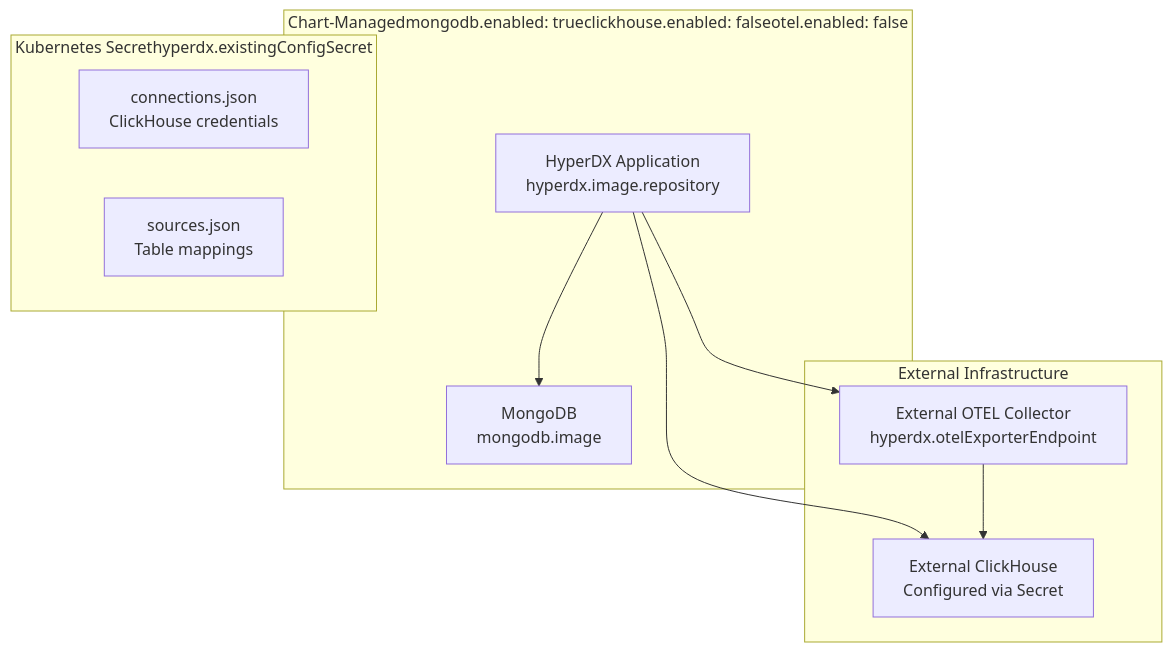
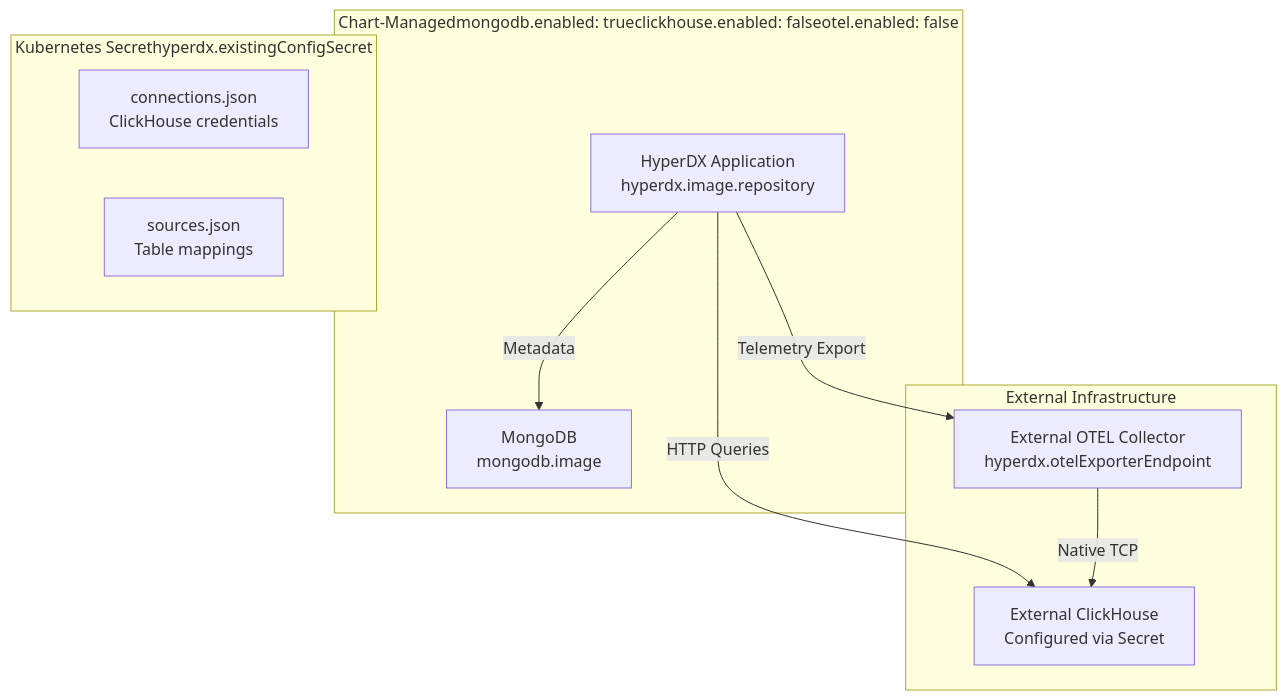
Before and after one commit to openchoreo/openchoreo: the fourth of 6 diagrams in docs/hyperdxio-helm-charts-docs/Deployment-Scenarios.md, drawn with Mermaid. The commit also changed other lines of this file and 85 other files, not shown here.

Commit message:
feat: Add new workflow and specification templates, update Helm chart dependencies, and clarify documentation diagrams.

````diff
--- a/docs/hyperdxio-helm-charts-docs/Deployment-Scenarios.md
+++ b/docs/hyperdxio-helm-charts-docs/Deployment-Scenarios.md
@@ -335,30 +335,30 @@
 ```mermaid
 flowchart TD
 
 ConnJSON["connections.json<br>ClickHouse credentials"]
 SrcJSON["sources.json<br>Table mappings"]
 App["HyperDX Application<br>hyperdx.image.repository"]
 Mongo["MongoDB<br>mongodb.image"]
 ExtCH["External ClickHouse<br>Configured via Secret"]
 ExtOTEL["External OTEL Collector<br>hyperdx.otelExporterEndpoint"]
 
-App --> ExtCH
-App --> ExtOTEL
+App -->|"HTTP Queries"| ExtCH
+App -->|"Telemetry Export"| ExtOTEL
 
 subgraph ExternalInfra ["External Infrastructure"]
     ExtCH
     ExtOTEL
-    ExtOTEL --> ExtCH
+    ExtOTEL -->|"Native TCP"| ExtCH
 end
 
 subgraph ChartManaged ["Chart-Managedmongodb.enabled: trueclickhouse.enabled: falseotel.enabled: false"]
     App
     Mongo
-    App --> Mongo
+    App -->|"Metadata"| Mongo
 end
 
 subgraph SecretConfig ["Kubernetes Secrethyperdx.existingConfigSecret"]
     ConnJSON
     SrcJSON
 end
 ```
````
